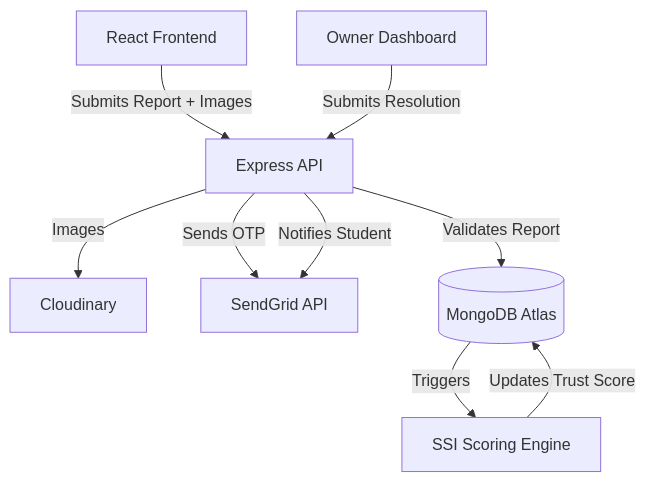
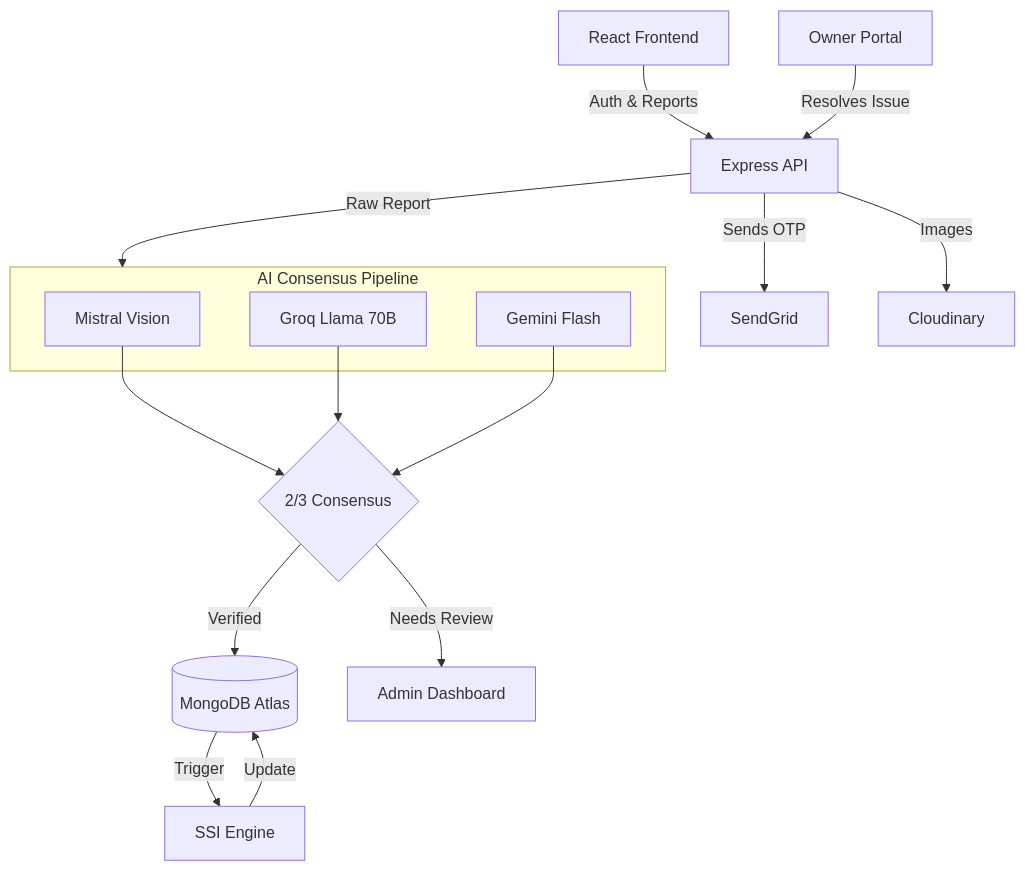
One commit to sameekshyaranjan/DormWatch changed the diagram in README.md. Above: the diagram before and after it, drawn with Mermaid. The commit also changed other lines of this file, not shown here.

````diff
--- a/README.md
+++ b/README.md
@@ -61,14 +63,26 @@
 ```mermaid
 graph TD
-    Client[React Frontend] --> |Submits Report + Images| API[Express API]
-    API --> |Images| CDN[Cloudinary]
-    API --> |Sends OTP| SG[SendGrid API]
+    Client[React Frontend] -->|Auth & Reports| API[Express API]
+    API -->|Sends OTP| SG[SendGrid]
+    API -->|Images| CDN[Cloudinary]
     
-    API --> |Validates Report| DB[(MongoDB Atlas)]
+    API -->|Raw Report| AI_Layer
     
-    DB --> |Triggers| DSICalc[SSI Scoring Engine]
-    DSICalc --> |Updates Trust Score| DB
+    subgraph AI_Layer [AI Consensus Pipeline]
+        Mistral[Mistral Vision]
+        Groq[Groq Llama 70B]
+        Gemini[Gemini Flash]
+    end
     
-    Owner[Owner Dashboard] --> |Submits Resolution| API
-    API --> |Notifies Student| SG
+    Mistral --> Consensus{2/3 Consensus}
+    Groq --> Consensus
+    Gemini --> Consensus
+    
+    Consensus -->|Verified| DB[(MongoDB Atlas)]
+    Consensus -->|Needs Review| Admin[Admin Dashboard]
+    
+    DB -->|Trigger| DSICalc[SSI Engine]
+    DSICalc -->|Update| DB
+    
+    Owner[Owner Portal] -->|Resolves Issue| API
 ```
````
